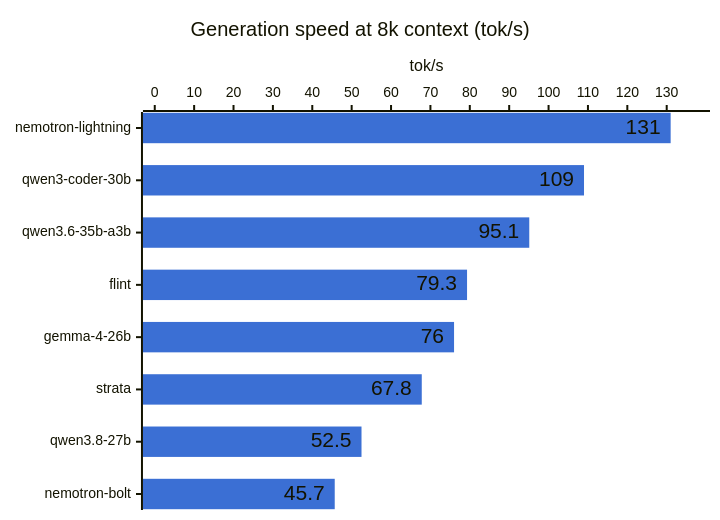
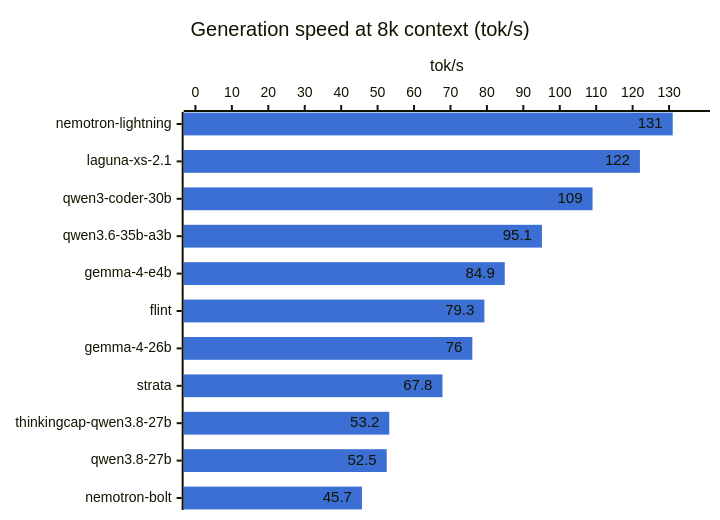
One commit to hofftodd/ai-bench changed the third of 3 diagrams in RESULTS.md. Above: the diagram before and after it, drawn with Mermaid. The commit also changed other lines of this file and 3 other files, not shown here.

````diff
--- a/RESULTS.md
+++ b/RESULTS.md
@@ -48,8 +49,8 @@
 ```mermaid
 %%{init: {"xyChart": {"showDataLabel": true}, "themeVariables": {"xyChart": {"plotColorPalette": "#3b6fd4"}}}}%%
 xychart-beta horizontal
     title "Generation speed at 8k context (tok/s)"
-    x-axis ["nemotron-lightning", "qwen3-coder-30b", "qwen3.6-35b-a3b", "flint", "gemma-4-26b", "strata", "qwen3.8-27b", "nemotron-bolt"]
+    x-axis ["nemotron-lightning", "laguna-xs-2.1", "qwen3-coder-30b", "qwen3.6-35b-a3b", "gemma-4-e4b", "flint", "gemma-4-26b", "strata", "thinkingcap-qwen3.8-27b", "qwen3.8-27b", "nemotron-bolt"]
     y-axis "tok/s" 0 --> 138
-    bar [131.0, 109.0, 95.1, 79.3, 76.0, 67.8, 52.5, 45.7]
+    bar [131.0, 122.0, 109.0, 95.1, 84.9, 79.3, 76.0, 67.8, 53.2, 52.5, 45.7]
 ```
````
